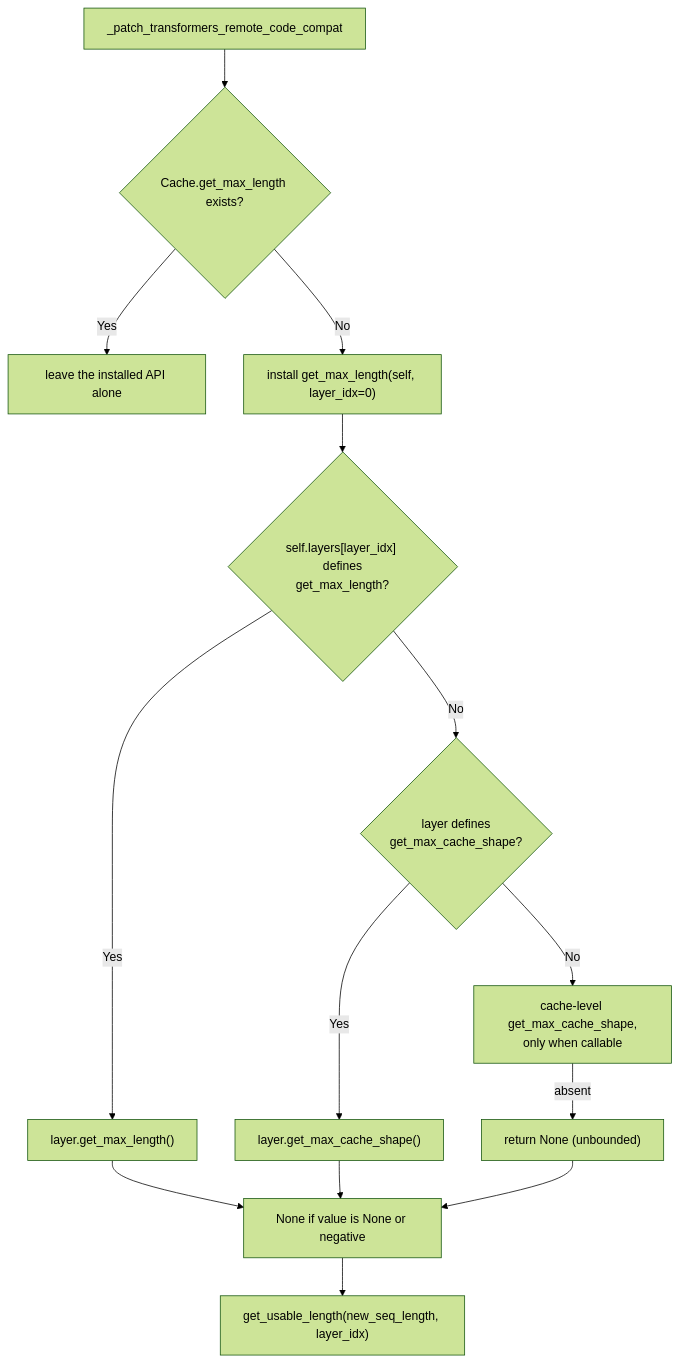
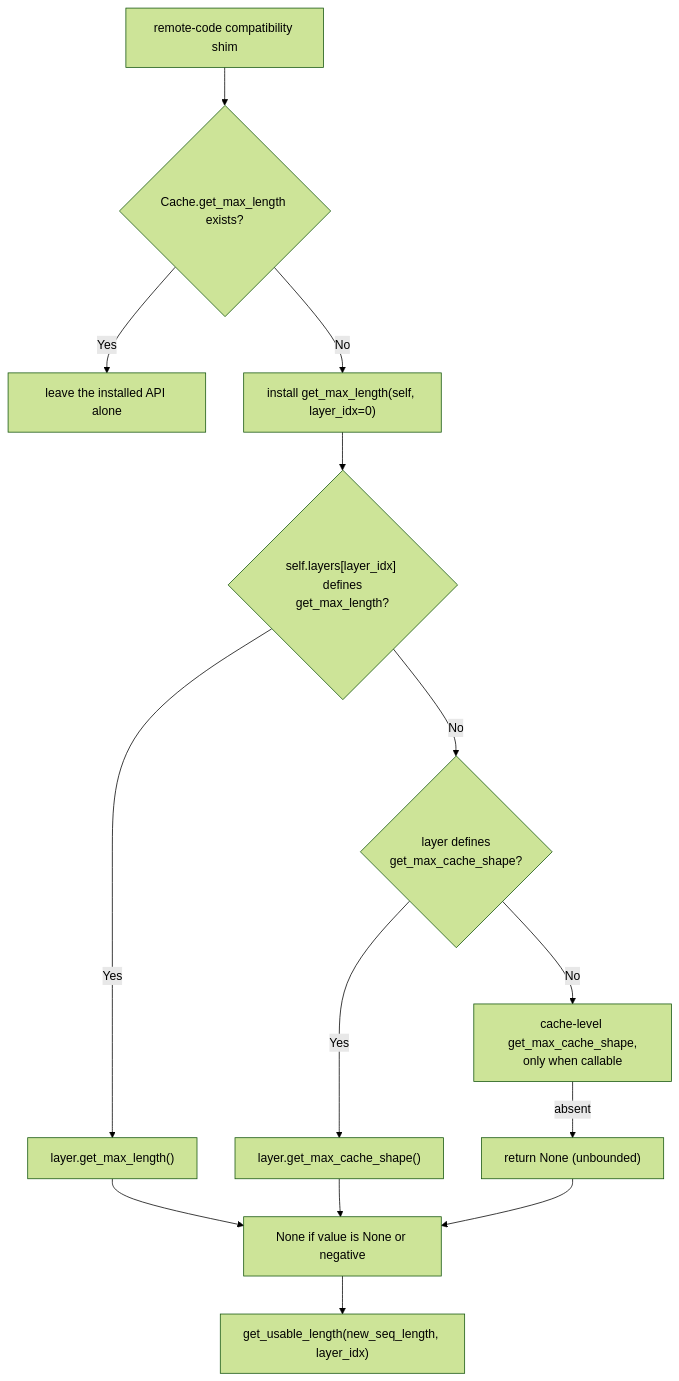
One commit to ModelCloud/GPTQModel changed the ninth of 17 diagrams in docs/transformers-5-compat.md. Above: the diagram before and after it, drawn with Mermaid (forest theme). The commit also changed other lines of this file and 39 other files, not shown here.

````diff
--- a/docs/transformers-5-compat.md
+++ b/docs/transformers-5-compat.md
@@ -369,16 +374,16 @@
 ```mermaid
 flowchart TD
-    A["_patch_transformers_remote_code_compat"] --> B{"Cache.get_max_length exists?"}
+    A["remote-code compatibility shim"] --> B{"Cache.get_max_length exists?"}
     B -- Yes --> Z["leave the installed API alone"]
     B -- No --> C["install get_max_length(self, layer_idx=0)"]
     C --> D{"self.layers[layer_idx] defines<br/>get_max_length?"}
     D -- Yes --> E["layer.get_max_length()"]
     D -- No --> F{"layer defines<br/>get_max_cache_shape?"}
     F -- Yes --> G["layer.get_max_cache_shape()"]
     F -- No --> H["cache-level get_max_cache_shape,<br/>only when callable"]
     H -- absent --> I["return None (unbounded)"]
     E --> J["None if value is None or negative"]
     G --> J
     I --> J
     J --> K["get_usable_length(new_seq_length, layer_idx)"]
 ```
````
